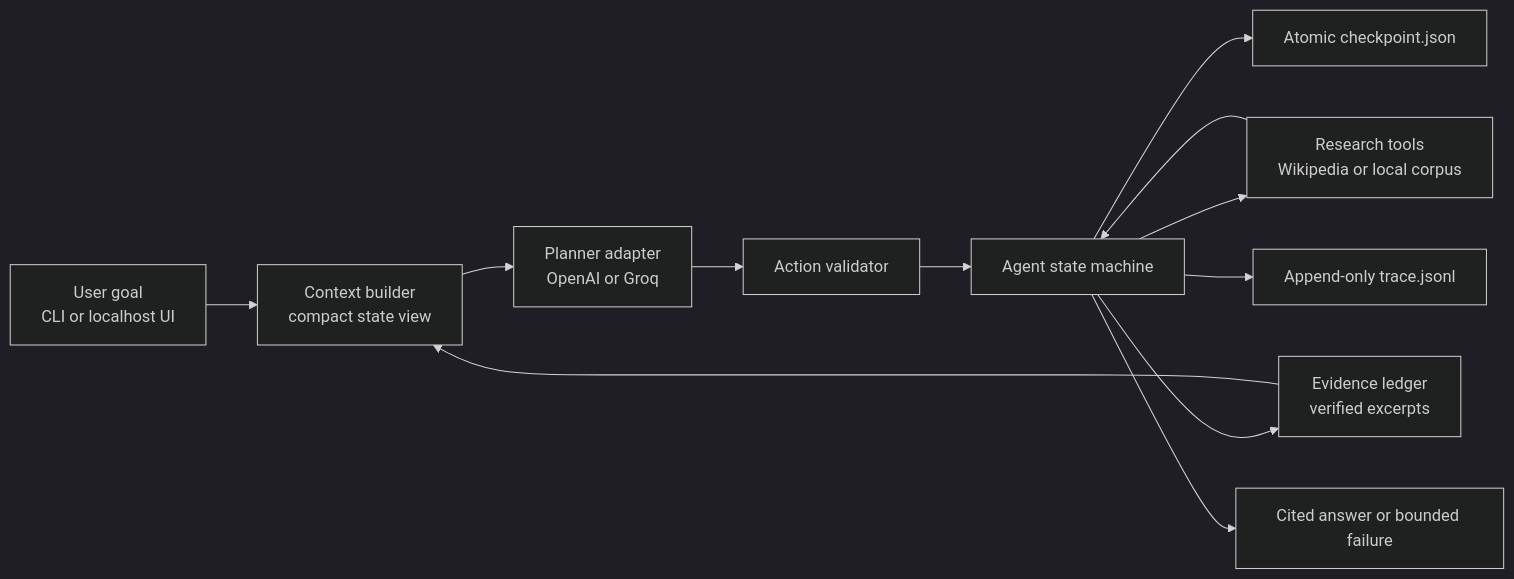
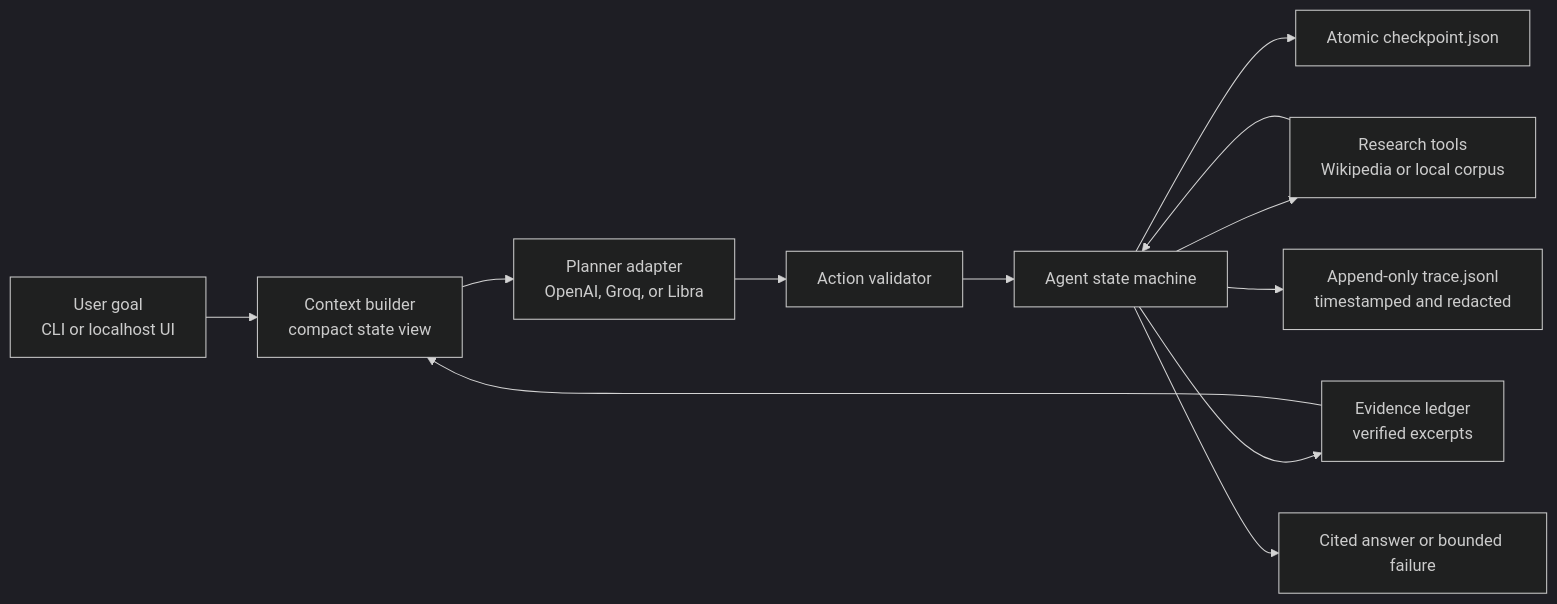
The first of 2 diagrams in docs/ARCHITECTURE.md (HamzaAhmedKhan786/resilient-research-agent), drawn with Mermaid (dark theme) before and after one commit. The commit also changed other lines of this file and 29 other files, not shown here.

````diff
--- a/docs/ARCHITECTURE.md
+++ b/docs/ARCHITECTURE.md
@@ -7,14 +7,14 @@
 ```mermaid
 flowchart LR
     U["User goal<br/>CLI or localhost UI"] --> C["Context builder<br/>compact state view"]
-    C --> P["Planner adapter<br/>OpenAI or Groq"]
+    C --> P["Planner adapter<br/>OpenAI, Groq, or Libra"]
     P --> V["Action validator"]
     V --> A["Agent state machine"]
     A --> T["Research tools<br/>Wikipedia or local corpus"]
     T --> A
     A --> E["Evidence ledger<br/>verified excerpts"]
     E --> C
     A --> K["Atomic checkpoint.json"]
-    A --> R["Append-only trace.jsonl"]
+    A --> R["Append-only trace.jsonl<br/>timestamped and redacted"]
     A --> O["Cited answer or bounded failure"]
 ```
````
